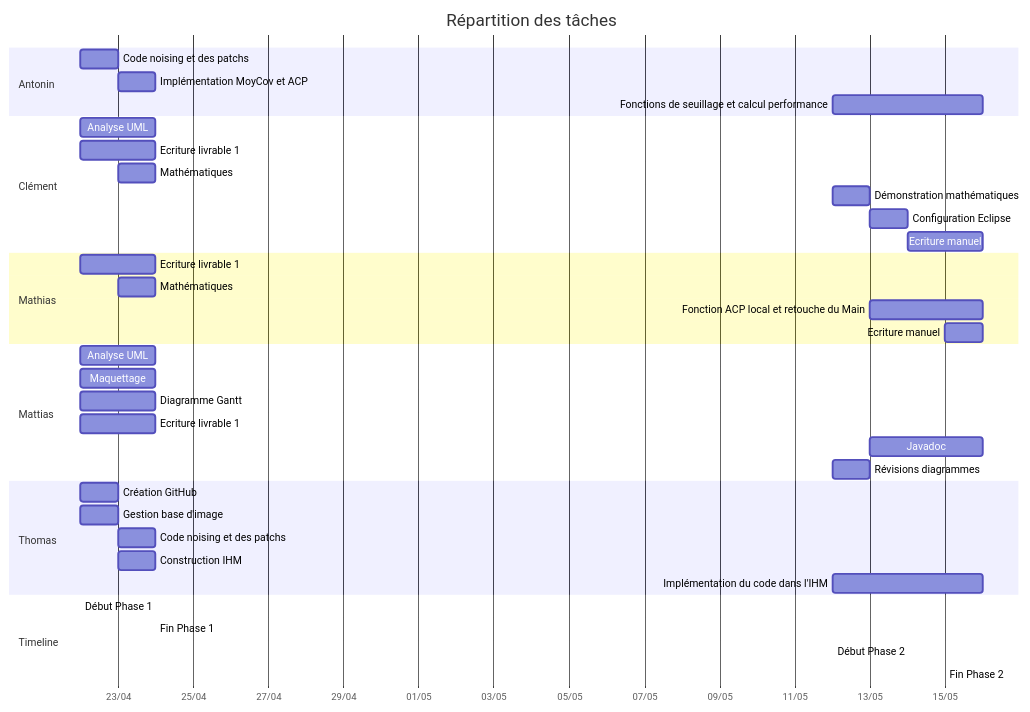
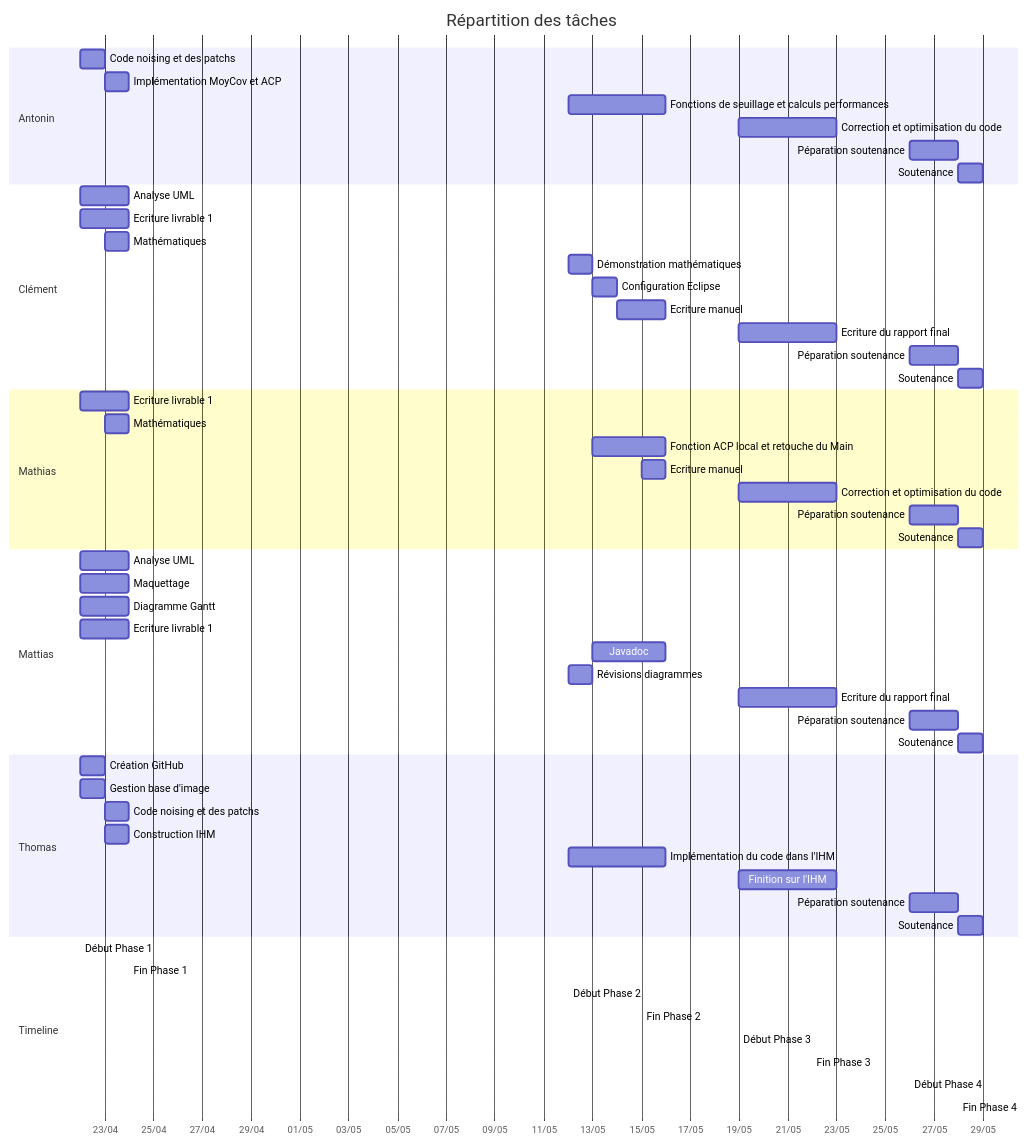
The diagram in analyse/gantt/ganttL1.mmd (Thomasgin/Projet-Java), drawn with Mermaid before and after one commit.

```diff
--- a/analyse/gantt/ganttL1.mmd
+++ b/analyse/gantt/ganttL1.mmd
@@ -1,44 +1,64 @@
 gantt
     title Répartition des tâches
     dateFormat  YYYY-MM-DD
     axisFormat %d/%m
 
     section Antonin
     Code noising et des patchs :ant1, 2025-04-22, 1d
     Implémentation MoyCov et ACP :ant2, 2025-04-23, 1d
-    Fonctions de seuillage et calcul performance :ant3, 2025-05-12, 4d
-    
+    Fonctions de seuillage et calculs performances :ant3, 2025-05-12, 4d
+    Correction et optimisation du code :ant4, 2025-05-19, 4d
+    Péparation soutenance :ant5, 2025-05-26, 2d
+    Soutenance :ant6, 2025-05-28, 1d
+
     section Clément
     Analyse UML :cle1, 2025-04-22, 2d
     Ecriture livrable 1 :cle2, 2025-04-22, 2d
     Mathématiques :cle3, 2025-04-23, 1d
     Démonstration mathématiques :cle4, 2025-05-12, 1d
     Configuration Eclipse : cle5, 2025-05-13, 1d
     Ecriture manuel :cle6, 2025-05-14, 2d
-    
+    Ecriture du rapport final :cle7, 2025-05-19, 4d
+    Péparation soutenance :cle8, 2025-05-26, 2d
+    Soutenance :cle9, 2025-05-28, 1d
+
     section Mathias
     Ecriture livrable 1 :mth1, 2025-04-22, 2d
     Mathématiques :mth2, 2025-04-23, 1d
     Fonction ACP local et retouche du Main : mth3, 2025-05-13, 3d
-    Ecriture manuel :mth, 2025-05-15, 1d
-    
+    Ecriture manuel :mth4, 2025-05-15, 1d
+    Correction et optimisation du code :mth5, 2025-05-19, 4d
+    Péparation soutenance :mth6, 2025-05-26, 2d
+    Soutenance :mth7, 2025-05-28, 1d
+
     section Mattias
     Analyse UML :mtt1, 2025-04-22, 2d
     Maquettage :mtt2, 2025-04-22, 2d
     Diagramme Gantt :mtt3, 2025-04-22, 2d
     Ecriture livrable 1 :mtt4, 2025-04-22, 2d
     Javadoc : mtt5, 2025-05-13, 3d
     Révisions diagrammes : mtt6, 2025-05-12, 1d
-    
+    Ecriture du rapport final :mtt7, 2025-05-19, 4d
+    Péparation soutenance :mtt8, 2025-05-26, 2d
+    Soutenance :mtt9, 2025-05-28, 1d
+
+
     section Thomas
     Création GitHub :tho1, 2025-04-22, 1d
     Gestion base d'image :tho2, 2025-04-22, 1d
     Code noising et des patchs :tho3, 2025-04-23, 1d
     Construction IHM : tho4, 2025-04-23, 1d
     Implémentation du code dans l'IHM : tho5, 2025-05-12, 4d
-    
+    Finition sur l'IHM : tho6, 2025-05-19, 4d
+    Péparation soutenance :tho7, 2025-05-26, 2d
+    Soutenance :tho8, 2025-05-28, 1d
+
     section Timeline
     Début Phase 1 :milestone mil1, 2025-04-22, 0d
     Fin Phase 1 :milestone mil2, 2025-04-24, 0d
     Début Phase 2 :milestone mil3, 2025-05-12, 0d
     Fin Phase 2 :milestone mil4, 2025-05-15, 0d
+    Début Phase 3 :milestone mil5, 2025-05-19, 0d
+    Fin Phase 3 :milestone mil6, 2025-05-22, 0d
+    Début Phase 4 :milestone mil7, 2025-05-26, 0d
+    Fin Phase 4 :milestone mil8, 2025-05-28, 0d
```
